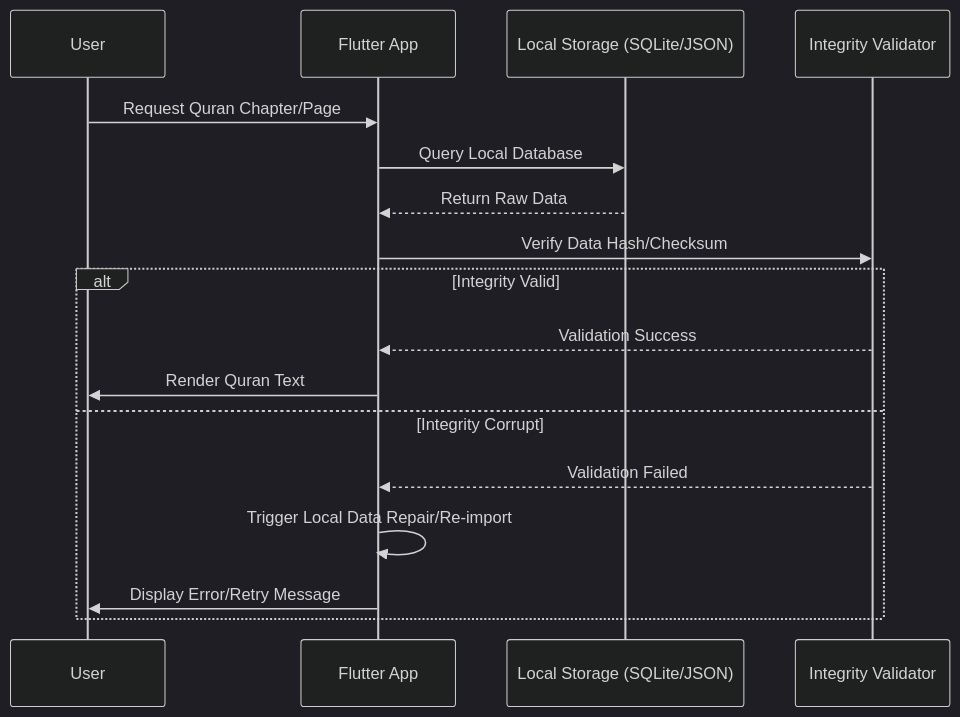
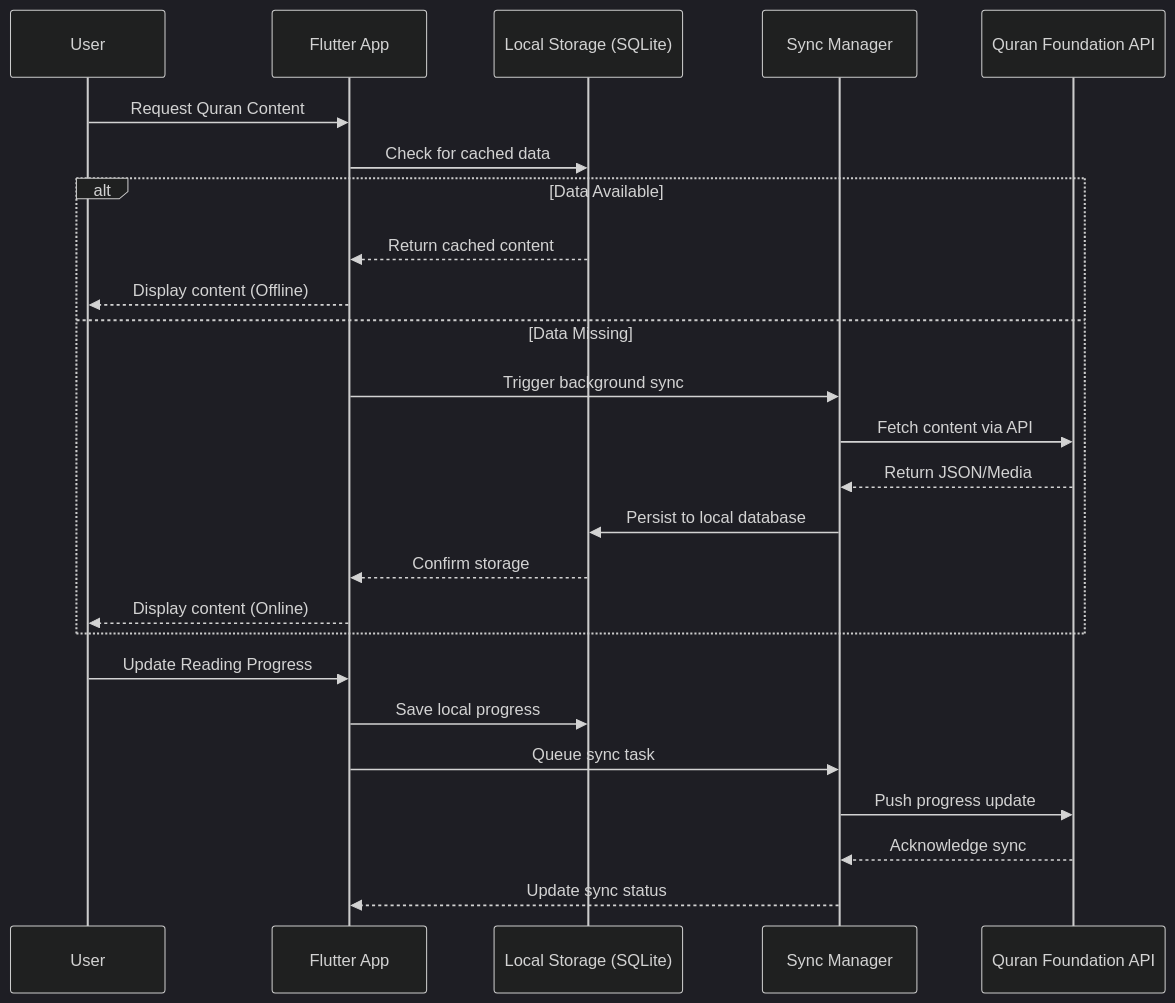
Before and after one commit to M-Azfar9/Doxer-AI: the second of 4 diagrams in artifacts/generated_srs_phase2_demo.md, drawn with Mermaid (dark theme). The commit also changed other lines of this file and 10 other files, not shown here.

````diff
--- a/artifacts/generated_srs_phase2_demo.md
+++ b/artifacts/generated_srs_phase2_demo.md
@@ -203,20 +232,28 @@
 ```mermaid
 sequenceDiagram
     participant U as User
     participant F as Flutter App
-    participant L as Local Storage (SQLite/JSON)
-    participant V as Integrity Validator
+    participant L as Local Storage (SQLite)
+    participant S as Sync Manager
+    participant A as Quran Foundation API
 
-    U->>F: Request Quran Chapter/Page
-    F->>L: Query Local Database
-    L-->>F: Return Raw Data
-    F->>V: Verify Data Hash/Checksum
-    alt Integrity Valid
-        V-->>F: Validation Success
-        F->>U: Render Quran Text
-    else Integrity Corrupt
-        V-->>F: Validation Failed
-        F->>F: Trigger Local Data Repair/Re-import
-        F->>U: Display Error/Retry Message
+    U->>F: Request Quran Content
+    F->>L: Check for cached data
+    alt Data Available
+        L-->>F: Return cached content
+        F-->>U: Display content (Offline)
+    else Data Missing
+        F->>S: Trigger background sync
+        S->>A: Fetch content via API
+        A-->>S: Return JSON/Media
+        S->>L: Persist to local database
+        L-->>F: Confirm storage
+        F-->>U: Display content (Online)
     end
+    U->>F: Update Reading Progress
+    F->>L: Save local progress
+    F->>S: Queue sync task
+    S->>A: Push progress update
+    A-->>S: Acknowledge sync
+    S-->>F: Update sync status
 ```
````
